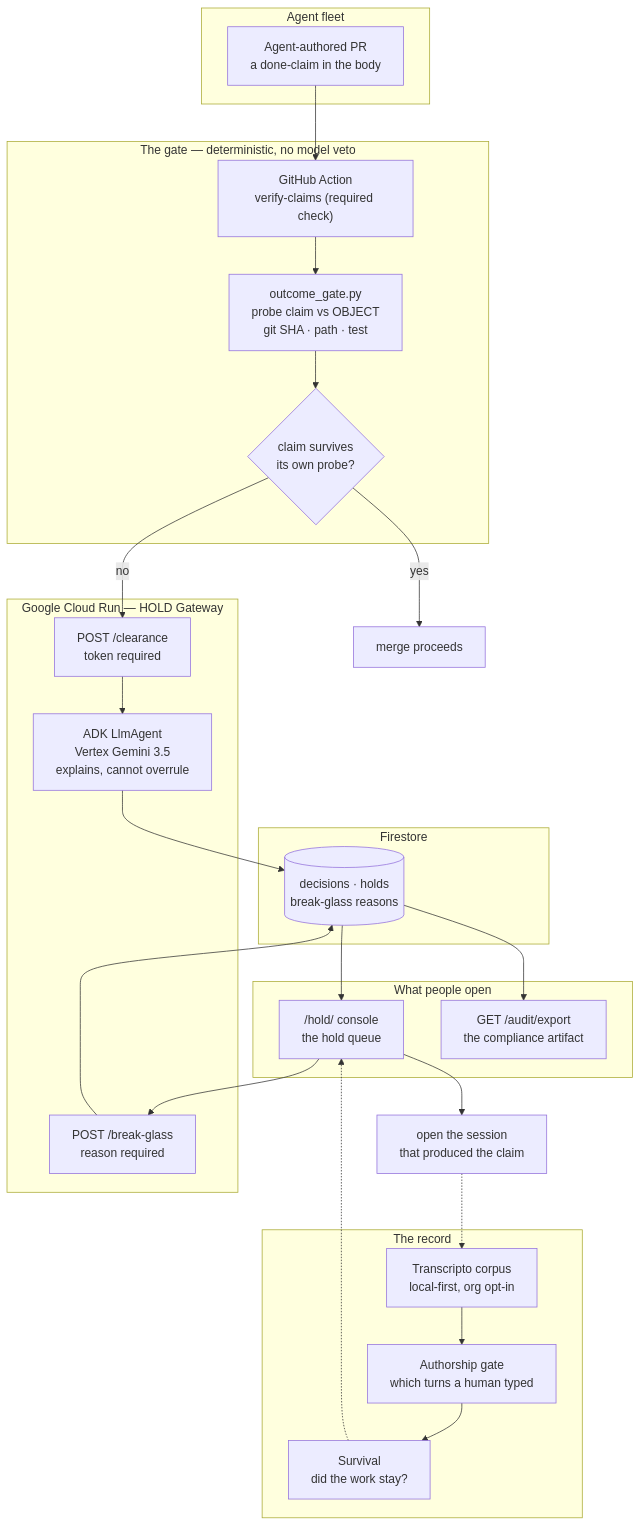
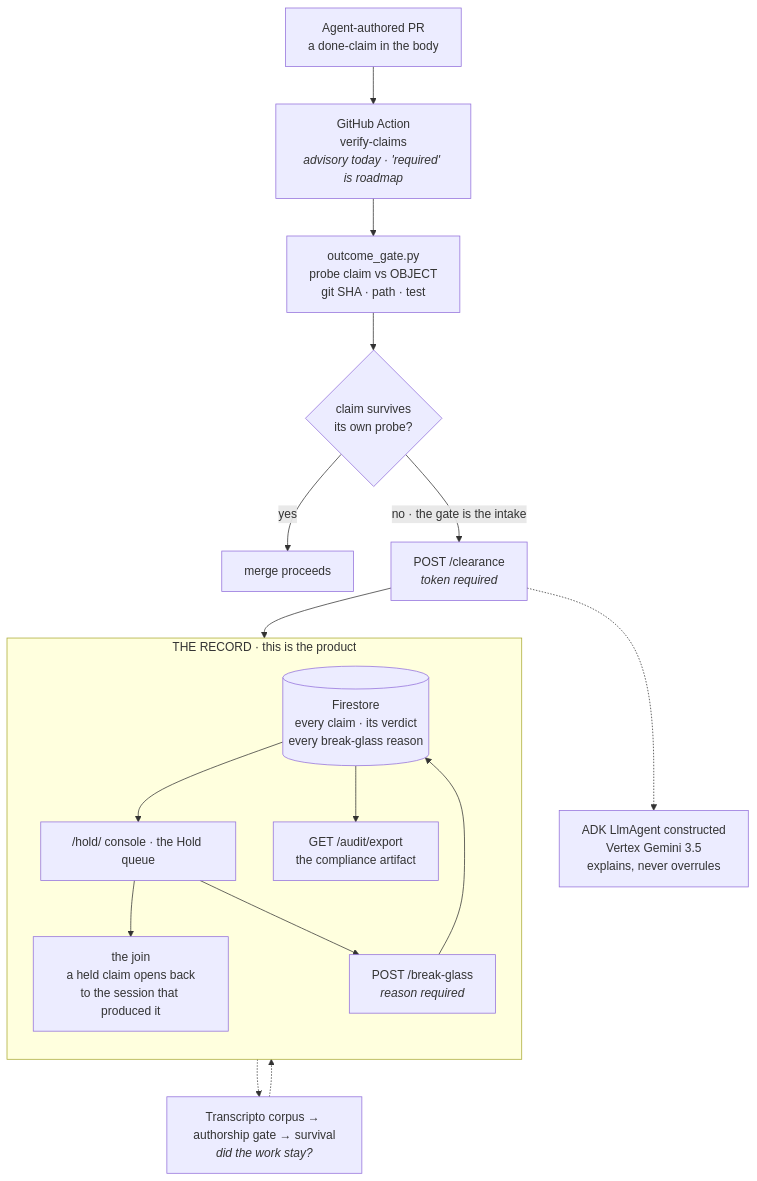
Before and after one commit to Morkeeth/agent-work-record-witness-ata: the diagram in docs/ARCHITECTURE.md, drawn with Mermaid. The commit also changed other lines of this file and 8 other files, not shown here.

````diff
--- a/docs/ARCHITECTURE.md
+++ b/docs/ARCHITECTURE.md
@@ -12,45 +16,32 @@
 ```mermaid
 flowchart TB
-  subgraph Fleet["Agent fleet"]
-    PR["Agent-authored PR<br/>a done-claim in the body"]
+  PR["Agent-authored PR<br/>a done-claim in the body"]
+  A["GitHub Action<br/>verify-claims<br/><i>advisory today · 'required' is roadmap</i>"]
+  P["outcome_gate.py<br/>probe claim vs OBJECT<br/>git SHA · path · test"]
+  V{"claim survives<br/>its own probe?"}
+  M["merge proceeds"]
+  CL["POST /clearance<br/><i>token required</i>"]
+
+  subgraph Product["THE RECORD · this is the product"]
+    direction TB
+    FS[("Firestore<br/>every claim · its verdict<br/>every break-glass reason")]
+    Q["/hold/ console · the Hold queue"]
+    JOIN["the join<br/>a held claim opens back<br/>to the session that produced it"]
+    EX["GET /audit/export<br/>the compliance artifact"]
+    BG["POST /break-glass<br/><i>reason required</i>"]
+    FS --> Q --> JOIN
+    FS --> EX
+    Q --> BG --> FS
   end
 
-  subgraph Gate["The gate — deterministic, no model veto"]
-    A["GitHub Action<br/>verify-claims (required check)"]
-    P["outcome_gate.py<br/>probe claim vs OBJECT<br/>git SHA · path · test"]
-    V{"claim survives<br/>its own probe?"}
-  end
-
-  subgraph Run["Google Cloud Run — HOLD Gateway"]
-    CL["POST /clearance<br/>token required"]
-    AG["ADK LlmAgent<br/>Vertex Gemini 3.5<br/>explains, cannot overrule"]
-    BG["POST /break-glass<br/>reason required"]
-  end
-
-  subgraph Store["Firestore"]
-    FS[("decisions · holds<br/>break-glass reasons")]
-  end
-
-  subgraph Record["The record"]
-    T["Transcripto corpus<br/>local-first, org opt-in"]
-    H["Authorship gate<br/>which turns a human typed"]
-    SV["Survival<br/>did the work stay?"]
-  end
-
-  subgraph Surfaces["What people open"]
-    Q["/hold/ console<br/>the hold queue"]
-    EX["GET /audit/export<br/>the compliance artifact"]
-  end
+  AG["ADK LlmAgent constructed<br/>Vertex Gemini 3.5<br/>explains, never overrules"]
+  SV["Transcripto corpus → authorship gate → survival<br/><i>did the work stay?</i>"]
 
   PR --> A --> P --> V
-  V -- "no" --> CL
-  V -- "yes" --> M["merge proceeds"]
-  CL --> AG --> FS
-  BG --> FS
-  FS --> Q --> BG
-  FS --> EX
-  T --> H --> SV
+  V -- "yes" --> M
+  V -- "no · the gate is the intake" --> CL
+  CL --> FS
+  CL -.-> AG
+  JOIN -.-> SV
   SV -.-> Q
-  Q --> TR["open the session<br/>that produced the claim"]
-  TR -.-> T
 ```
````
